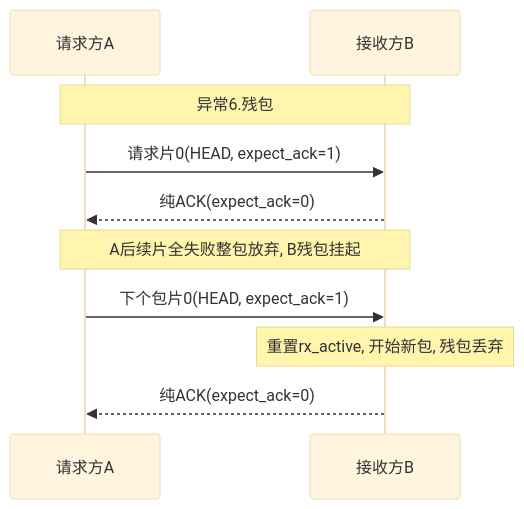
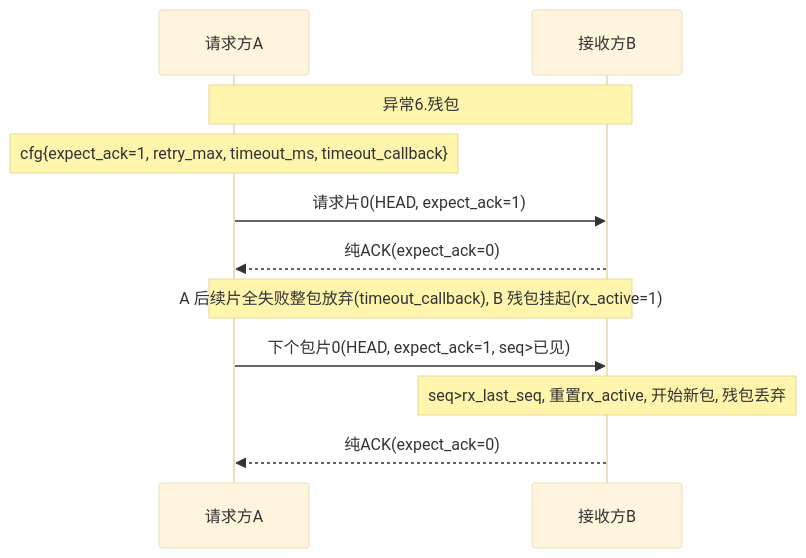
Before and after one commit to Siaiai/ObsidianNote: diagram 13 of 14 in 工作/项目/代码/260401S3分拣面板-SIA-R9000P.md, drawn with Mermaid (base theme). The commit also changed other lines of this file and 1 other file, not shown here.

````diff
--- a/工作/项目/代码/260401S3分拣面板-SIA-R9000P.md
+++ b/工作/项目/代码/260401S3分拣面板-SIA-R9000P.md
@@ -258,12 +287,13 @@
 ```mermaid
 sequenceDiagram
     participant A as 请求方A
     participant B as 接收方B
     Note over A,B: 异常6.残包
+    Note over A: cfg{expect_ack=1, retry_max, timeout_ms, timeout_callback}
     A->>B: 请求片0(HEAD, expect_ack=1)
     B-->>A: 纯ACK(expect_ack=0)
-    Note over A,B: A后续片全失败整包放弃, B残包挂起
-    A->>B: 下个包片0(HEAD, expect_ack=1)
-    Note over B: 重置rx_active, 开始新包, 残包丢弃
+    Note over A,B: A 后续片全失败整包放弃(timeout_callback), B 残包挂起(rx_active=1)
+    A->>B: 下个包片0(HEAD, expect_ack=1, seq>已见)
+    Note over B: seq>rx_last_seq, 重置rx_active, 开始新包, 残包丢弃
     B-->>A: 纯ACK(expect_ack=0)
 ```
````
